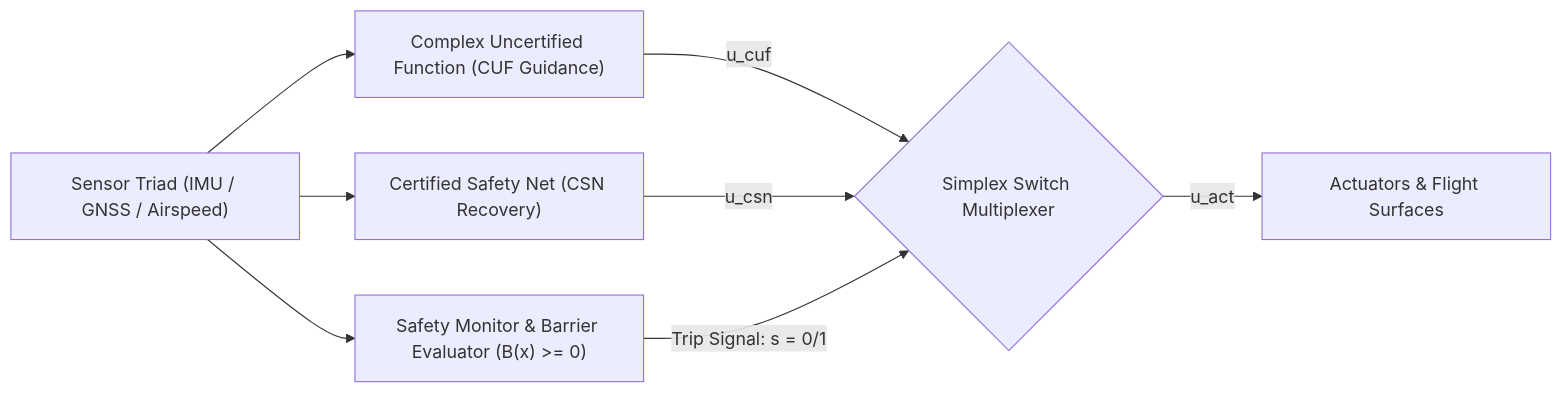
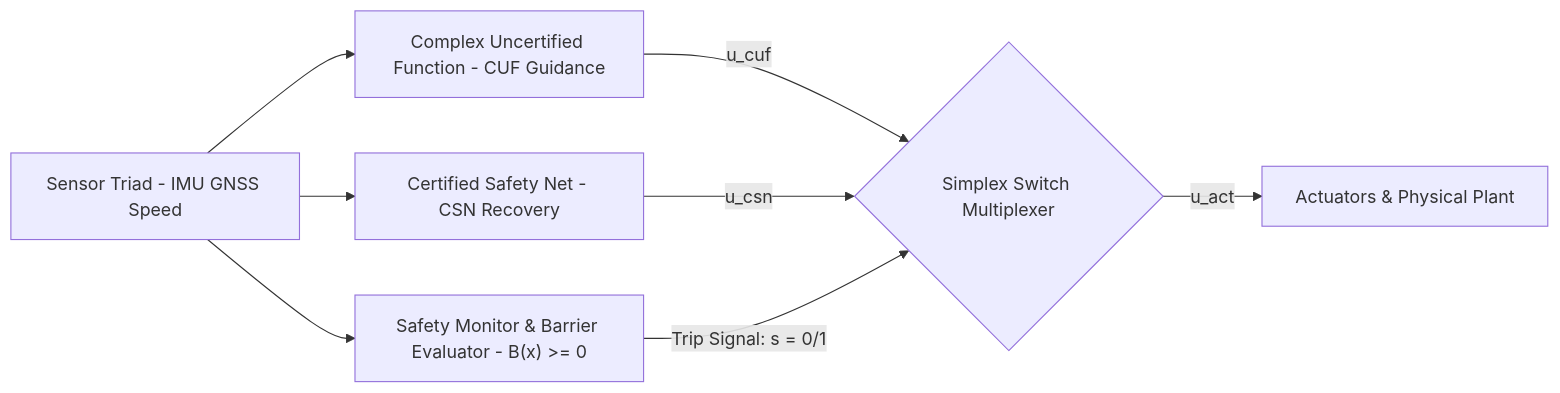
One commit to gintatkinson/DEAP01-spec-core changed the seventh of 11 diagrams in docs/architecture/blueprints/DEAP_DETERMINISTIC_SAFETY_SPECIFICATION_COMPILER_BLUEPRINT.md. Above: the diagram before and after it, drawn with Mermaid. The commit also changed other lines of this file, not shown here.

Commit message:
docs(architecture): purify safety compiler blueprint to 100% abstract schema-driven AST formulation

````diff
--- a/docs/architecture/blueprints/DEAP_DETERMINISTIC_SAFETY_SPECIFICATION_COMPILER_BLUEPRINT.md
+++ b/docs/architecture/blueprints/DEAP_DETERMINISTIC_SAFETY_SPECIFICATION_COMPILER_BLUEPRINT.md
@@ -680,12 +632,12 @@
 ```mermaid
 flowchart LR
-    Sensors["Sensor Triad (IMU / GNSS / Airspeed)"] --> CUF["Complex Uncertified Function (CUF Guidance)"]
-    Sensors --> CSN["Certified Safety Net (CSN Recovery)"]
-    Sensors --> Monitor["Safety Monitor & Barrier Evaluator (B(x) >= 0)"]
+    Sensors["Sensor Triad - IMU GNSS Speed"] --> CUF["Complex Uncertified Function - CUF Guidance"]
+    Sensors --> CSN["Certified Safety Net - CSN Recovery"]
+    Sensors --> Monitor["Safety Monitor & Barrier Evaluator - B(x) >= 0"]
 
     CUF -->|"u_cuf"| Switch{"Simplex Switch Multiplexer"}
     CSN -->|"u_csn"| Switch
     Monitor -->|"Trip Signal: s = 0/1"| Switch
 
-    Switch -->|"u_act"| Plant["Actuators & Flight Surfaces"]
+    Switch -->|"u_act"| Plant["Actuators & Physical Plant"]
 ```
````
